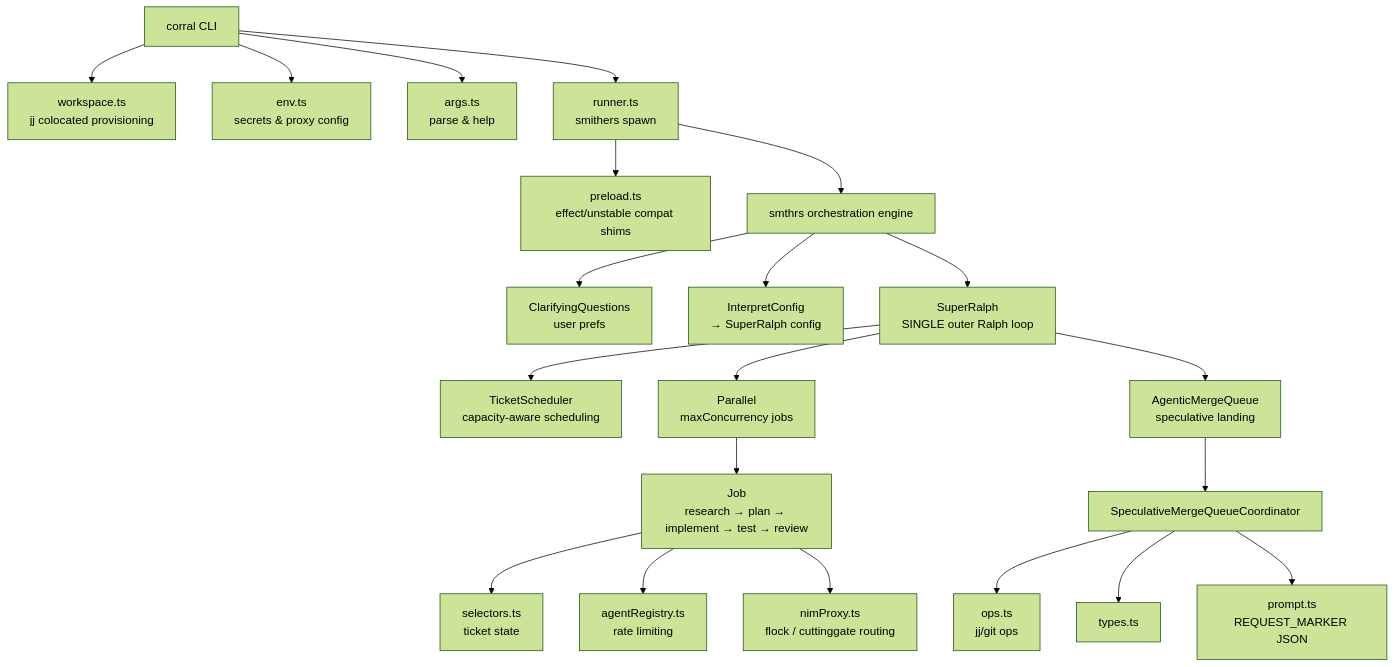
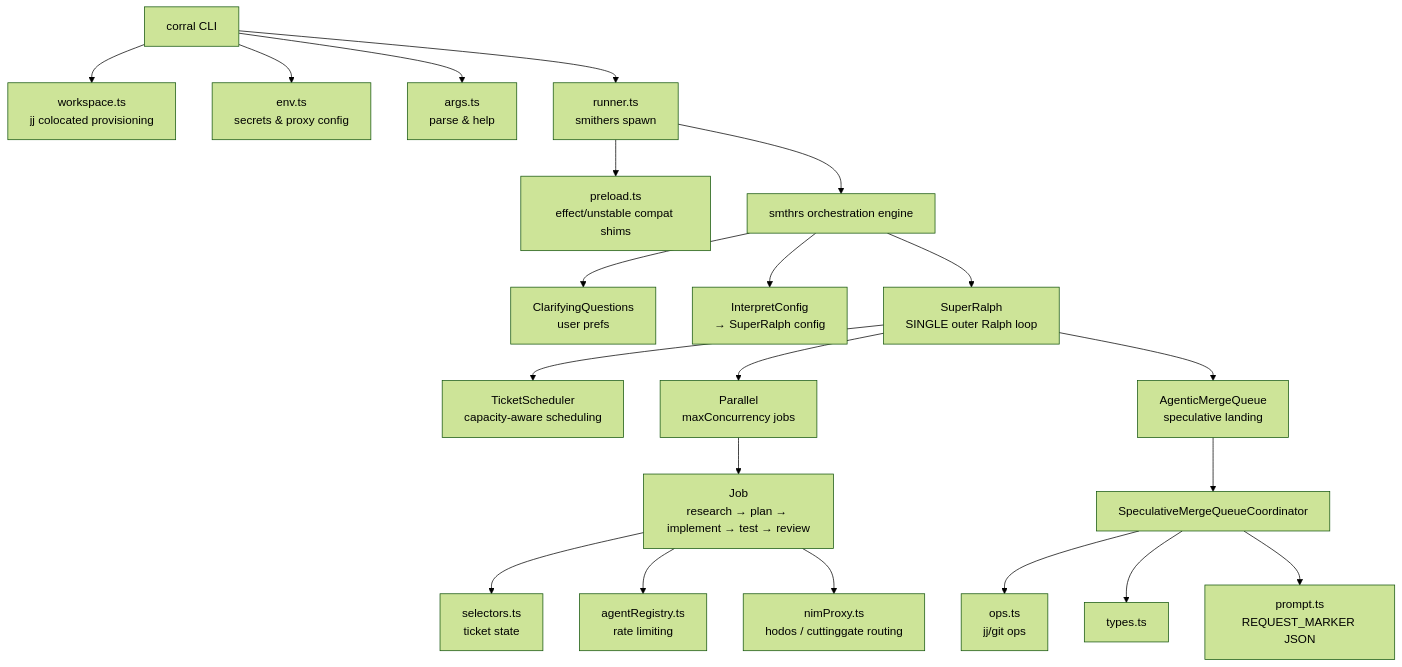
Before and after one commit to toxicwind/ranch: the diagram in corral/README.md, drawn with Mermaid (forest theme). The commit also changed other lines of this file and 1745 other files, not shown here.

````diff
--- a/corral/README.md
+++ b/corral/README.md
@@ -36,29 +36,29 @@
 ```mermaid
 graph TD
     CLI[corral CLI] --> WS[workspace.ts<br/>jj colocated provisioning]
     CLI --> ENV[env.ts<br/>secrets & proxy config]
     CLI --> ARGS[args.ts<br/>parse & help]
     CLI --> RUNNER[runner.ts<br/>smithers spawn]
     
     RUNNER --> PRELOAD[preload.ts<br/>effect/unstable compat shims]
     RUNNER --> SMTHRS[smthrs orchestration engine]
     
     SMTHRS --> CQ[ClarifyingQuestions<br/>user prefs]
     SMTHRS --> IC[InterpretConfig<br/>→ SuperRalph config]
     SMTHRS --> SR[SuperRalph<br/>SINGLE outer Ralph loop]
     
     SR --> SCHED[TicketScheduler<br/>capacity-aware scheduling]
     SR --> PAR[Parallel<br/>maxConcurrency jobs]
     SR --> MQ[AgenticMergeQueue<br/>speculative landing]
     
     PAR --> JOB[Job<br/>research → plan → implement → test → review]
     MQ --> COORD[SpeculativeMergeQueueCoordinator]
     
     COORD --> OPS[ops.ts<br/>jj/git ops]
     COORD --> TYPES[types.ts]
     COORD --> PROMPT[prompt.ts<br/>REQUEST_MARKER JSON]
     
     JOB --> SELECTORS[selectors.ts<br/>ticket state]
     JOB --> AGENTREG[agentRegistry.ts<br/>rate limiting]
-    JOB --> NIMPROXY[nimProxy.ts<br/>flock / cuttinggate routing]
+    JOB --> NIMPROXY[nimProxy.ts<br/>hodos / cuttinggate routing]
 ```
````
